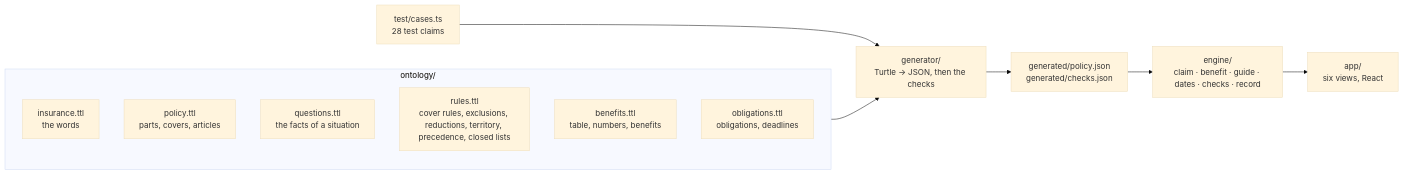
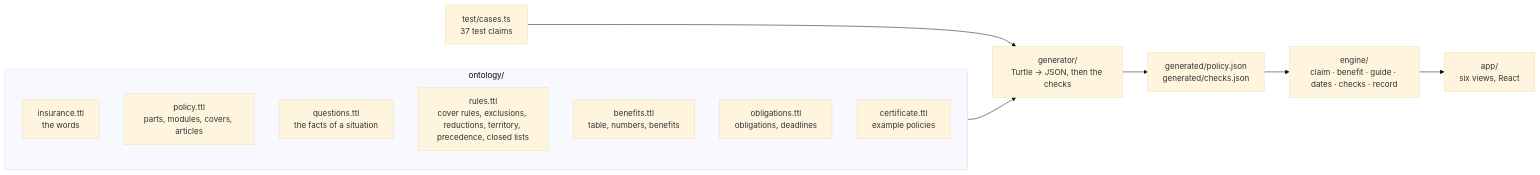
One commit to almilo/software-that-knows changed the diagram in car-insurance/README.md. Above: the diagram before and after it, drawn with Mermaid (base theme). The commit also changed other lines of this file and 25 other files, not shown here.

````diff
--- a/car-insurance/README.md
+++ b/car-insurance/README.md
@@ -34,17 +44,18 @@
 ```mermaid
 flowchart LR
   subgraph K["ontology/"]
     W["insurance.ttl<br/>the words"]
-    P["policy.ttl<br/>parts, covers, articles"]
+    P["policy.ttl<br/>parts, modules, covers, articles"]
     Q["questions.ttl<br/>the facts of a situation"]
     R["rules.ttl<br/>cover rules, exclusions, reductions, territory, precedence, closed lists"]
     B["benefits.ttl<br/>table, numbers, benefits"]
     O["obligations.ttl<br/>obligations, deadlines"]
+    C["certificate.ttl<br/>example policies"]
   end
   G["generator/<br/>Turtle → JSON, then the checks"]
   J["generated/policy.json<br/>generated/checks.json"]
   E["engine/<br/>claim · benefit · guide · dates · checks · record"]
   A["app/<br/>six views, React"]
   K --> G --> J --> E --> A
-  T["test/cases.ts<br/>28 test claims"] --> G
+  T["test/cases.ts<br/>37 test claims"] --> G
 ```
````
